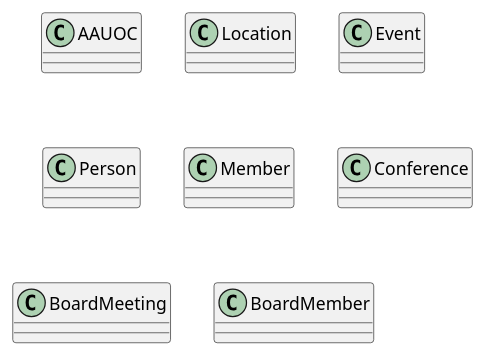
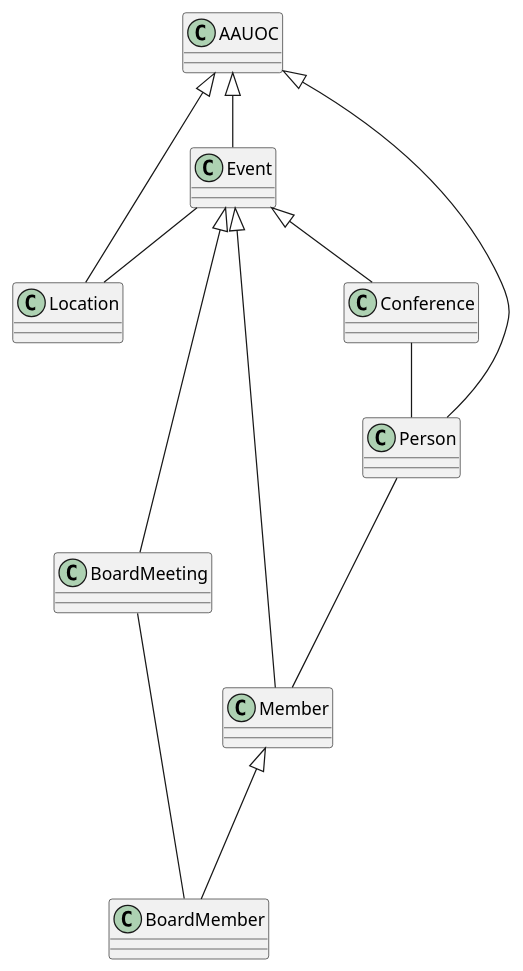
Before and after one commit to Bufoncete/UMLClasesEduardoDLCM: the diagram in .idea/PuntoDos.puml, drawn with PlantUML.

Commit message:
Se establecen las relaciones entre las clases siguiendo el patrón del enunciado de la práctica

```diff
--- a/.idea/PuntoDos.puml
+++ b/.idea/PuntoDos.puml
@@ -1,12 +1,22 @@
 @startuml
 top to bottom direction
 class AAUOC
 class Location
 class Event
 class Person
 class Member
 class Conference
 class BoardMeeting
 class BoardMember
-
+AAUOC <|--right Location
+AAUOC <|--down Event
+AAUOC <|--right Person
+Event <|-- Conference
+Event <|--- BoardMeeting
+Person --- Member
+Member <|--- BoardMember
+Event <|-- Member
+Event -- Location
+Conference -- Person
+BoardMeeting--BoardMember
 @enduml
```
